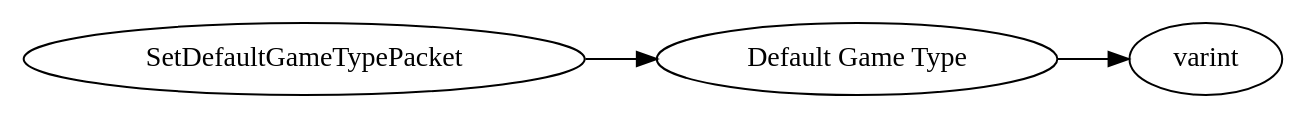
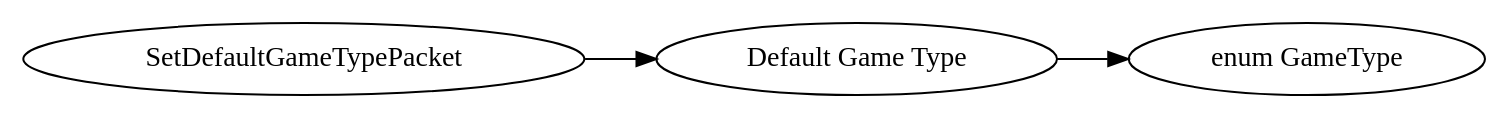
One commit to Mojang/bedrock-protocol-docs changed the diagram in dot/SetDefaultGameTypePacket.dot. Above: the diagram before and after it, drawn with Graphviz. The commit also changed 785 other files, not shown here.

```diff
--- a/dot/SetDefaultGameTypePacket.dot
+++ b/dot/SetDefaultGameTypePacket.dot
@@ -1,12 +1,12 @@
 digraph "SetDefaultGameTypePacket" {
 rankdir = LR
 0
 0 -> 1
 1 -> 2
 
-0 [label="SetDefaultGameTypePacket",comment="name: \"SetDefaultGameTypePacket\", typeName: \"\", id: 0, branchId: 105, recurseId: -1, attributes: 0, notes: \"\""];
+0 [label="SetDefaultGameTypePacket",comment="name: \"SetDefaultGameTypePacket\", typeName: \"\", id: 0, branchId: 0, recurseId: -1, attributes: 0, notes: \"Same as SetPlayerGameTypePacket & UpdatePlayerGameTypePacket, the only difference is that this changes the default for all clients.\""];
 1 [label="Default Game Type",comment="name: \"Default Game Type\", typeName: \"\", id: 1, branchId: 0, recurseId: -1, attributes: 0, notes: \"\""];
-2 [label="varint",comment="name: \"varint\", typeName: \"\", id: 2, branchId: 0, recurseId: -1, attributes: 512, notes: \"\""];
+2 [label="enum GameType",comment="name: \"enum GameType\", typeName: \"\", id: 2, branchId: 0, recurseId: -1, attributes: 512, notes: \"\""];
 { rank = max;2}
 
 }
```
